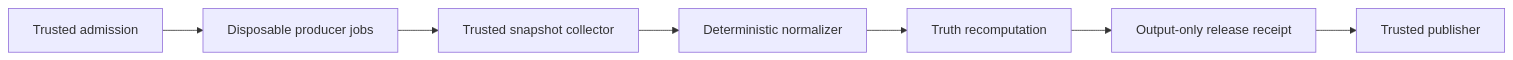
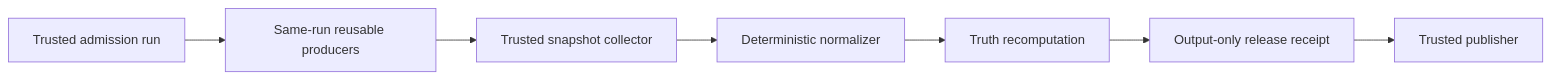
Before and after one commit to mjgolaszewski/bcf-governance: the diagram in docs/CI_AUTHORITY.md, drawn with Mermaid. The commit also changed other lines of this file and 100 other files, not shown here.

````diff
--- a/docs/CI_AUTHORITY.md
+++ b/docs/CI_AUTHORITY.md
@@ -9,9 +9,9 @@
 ```mermaid
 flowchart LR
-  A[Trusted admission] --> P[Disposable producer jobs]
+  A[Trusted admission run] --> P[Same-run reusable producers]
   P --> C[Trusted snapshot collector]
   C --> N[Deterministic normalizer]
   N --> T[Truth recomputation]
   T --> R[Output-only release receipt]
   R --> U[Trusted publisher]
 ```
````
